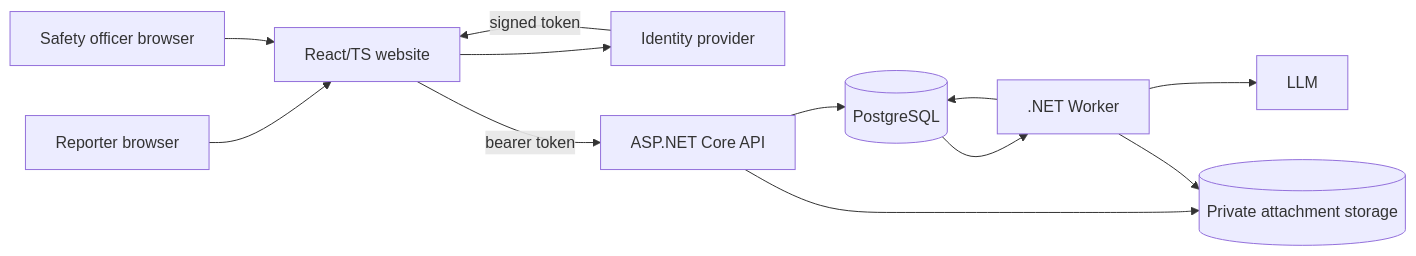
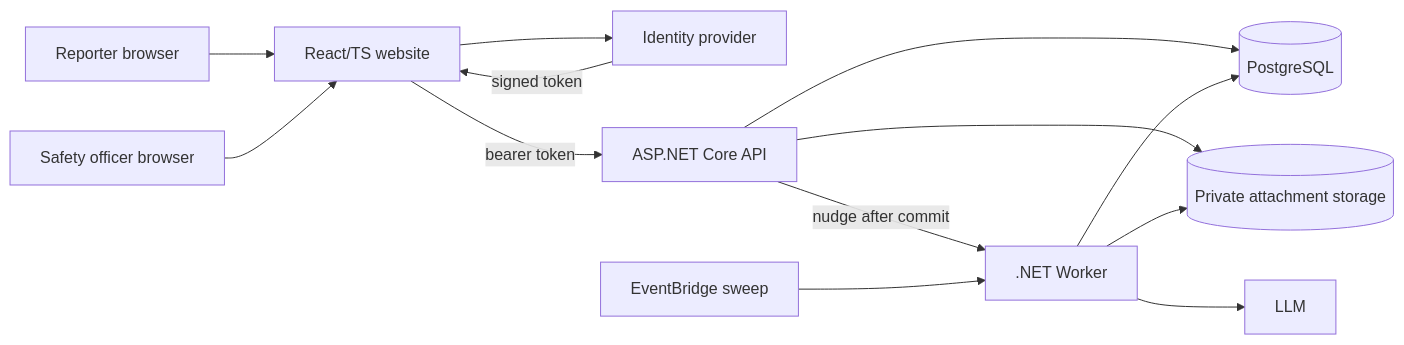
The first of 2 diagrams in docs/system-overview.md (HPAC-Safety/safety-report), drawn with Mermaid before and after one commit. The commit also changed other lines of this file and 3 other files, not shown here.

First line of the commit message:
Keep one canonical report-flow diagram, current with ADR-0123 and ADR-0125 (#533)

````diff
--- a/docs/system-overview.md
+++ b/docs/system-overview.md
@@ -60,14 +60,15 @@
 ```mermaid
 flowchart LR
     reporter[Reporter browser] --> web[React/TS website]
     officer[Safety officer browser] --> web
     web --> idp[Identity provider]
     idp -->|signed token| web
     web -->|bearer token| api[ASP.NET Core API]
     api --> db[(PostgreSQL)]
     api --> media[(Private attachment storage)]
-    db --> worker[.NET Worker]
+    api -->|nudge after commit| worker[.NET Worker]
+    sweep[EventBridge sweep] --> worker
     worker --> llm[LLM]
     worker --> media
     worker --> db
 ```
````
